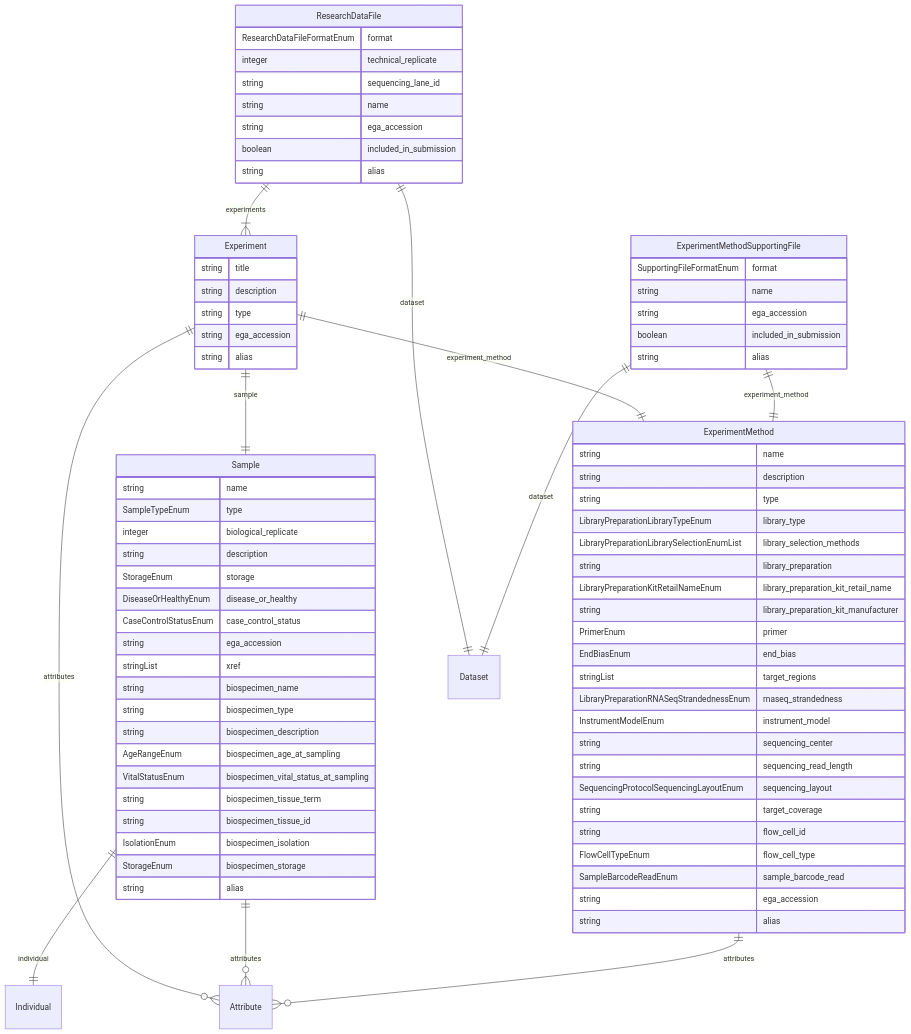
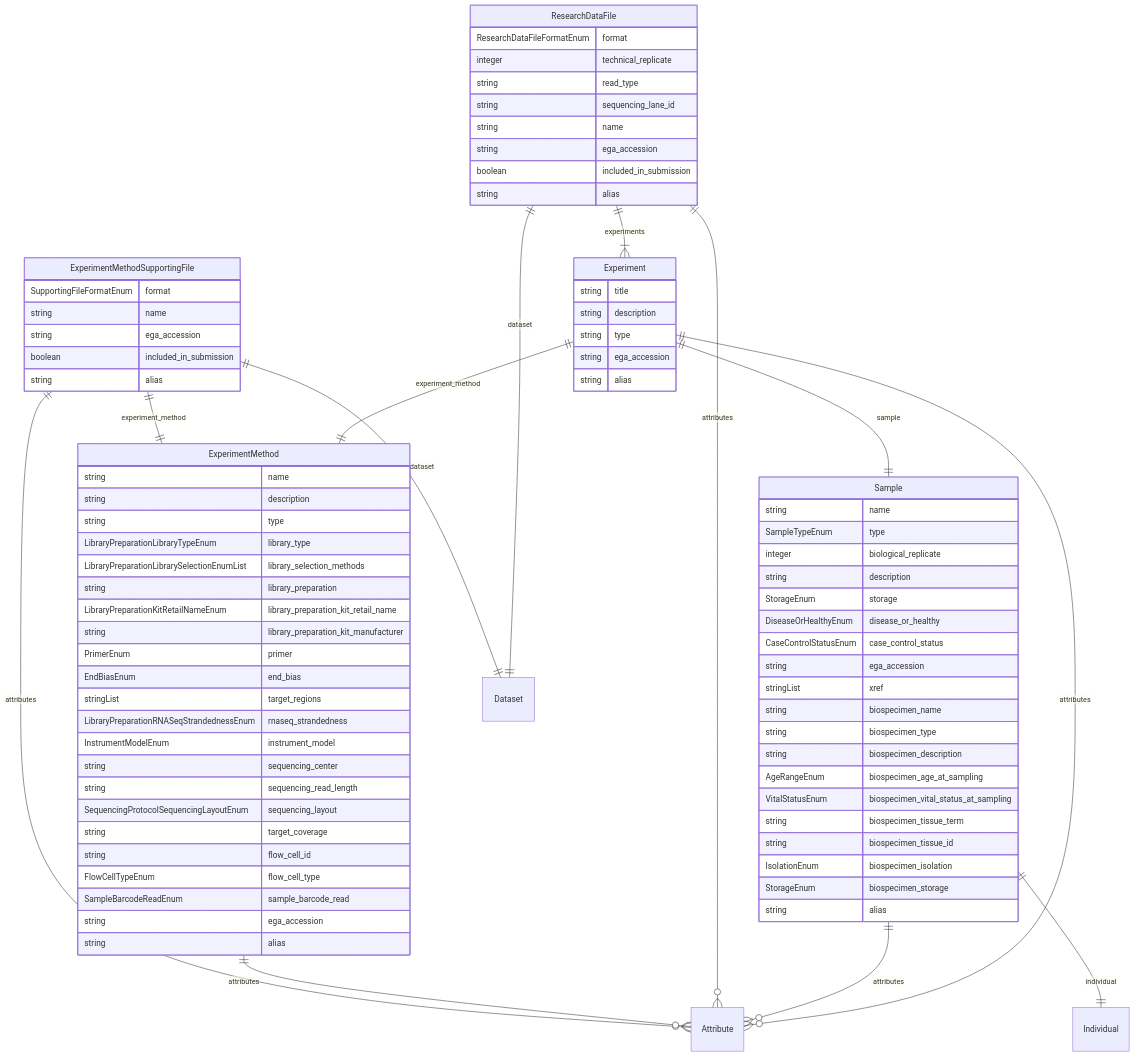
One commit to ghga-de/ghga-metadata-schema changed the fifth of 5 diagrams in docs/entity_relations.md. Above: the diagram before and after it, drawn with Mermaid. The commit also changed other lines of this file and 153 other files, not shown here.

```diff
--- a/docs/entity_relations.md
+++ b/docs/entity_relations.md
@@ -252,6 +259,7 @@
 ResearchDataFile {
     ResearchDataFileFormatEnum format  
     integer technical_replicate  
+    string read_type  
     string sequencing_lane_id  
     string name  
     string ega_accession  
@@ -289,9 +297,11 @@
 
 ExperimentMethodSupportingFile ||--|| ExperimentMethod : "experiment_method"
 ExperimentMethodSupportingFile ||--|| Dataset : "dataset"
+ExperimentMethodSupportingFile ||--}o Attribute : "attributes"
 ExperimentMethod ||--}o Attribute : "attributes"
 ResearchDataFile ||--}| Experiment : "experiments"
 ResearchDataFile ||--|| Dataset : "dataset"
+ResearchDataFile ||--}o Attribute : "attributes"
 Sample ||--|| Individual : "individual"
 Sample ||--}o Attribute : "attributes"
 Experiment ||--|| ExperimentMethod : "experiment_method"
```
